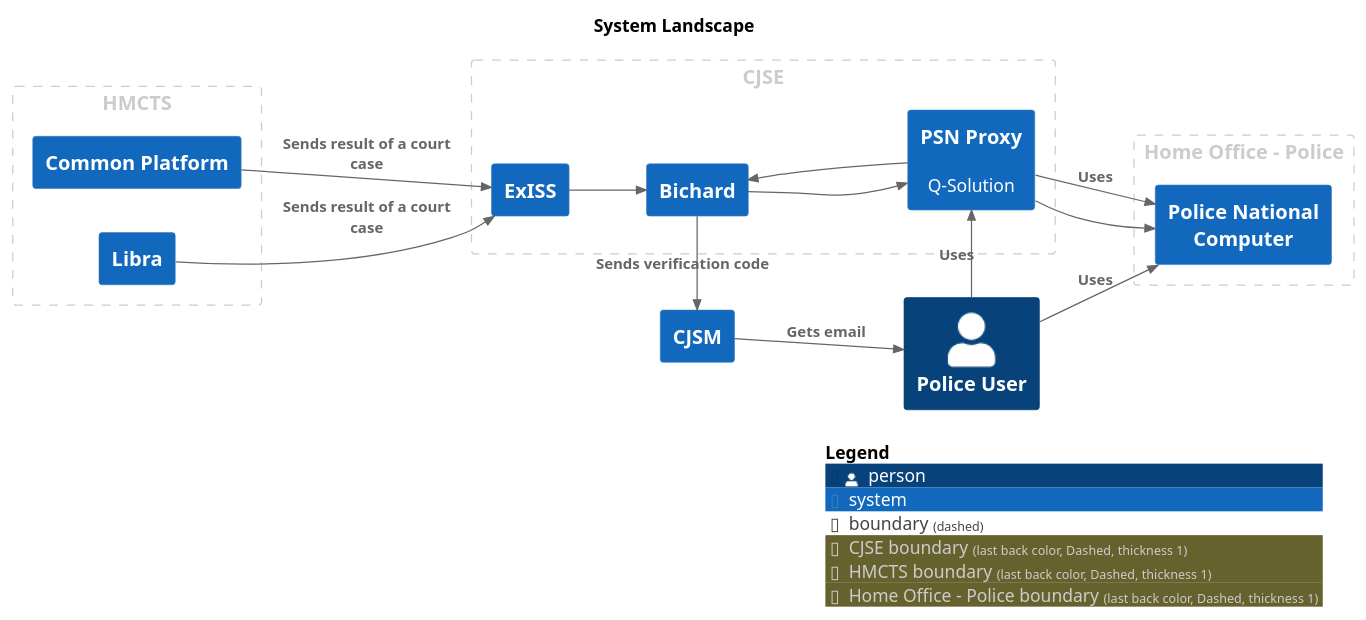
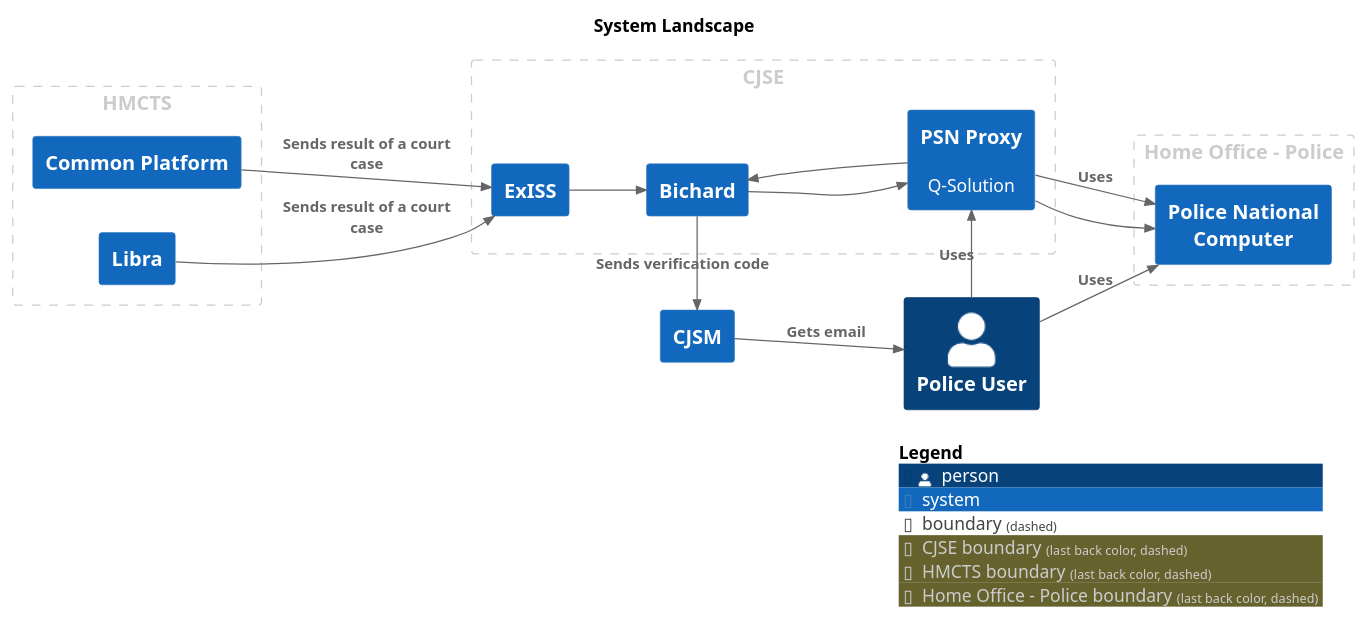
One commit to ministryofjustice/bichard7-next-core changed the diagram in main/puml/SystemLandscape.puml. Above: the diagram before and after it, drawn with PlantUML. The commit also changed 119 other files, not shown here.

```diff
--- a/main/puml/SystemLandscape.puml
+++ b/main/puml/SystemLandscape.puml
@@ -1,44 +1,44 @@
 @startuml
 set separator none
 title System Landscape
 
 left to right direction
 
 !include <C4/C4>
 !include <C4/C4_Context>
 
-AddBoundaryTag("CJSE", $borderColor="#cccccc", $fontColor="#cccccc", $borderStyle="Dashed", $borderThickness="1")
+AddBoundaryTag("CJSE", $borderColor="#cccccc", $fontColor="#cccccc", $borderStyle="dashed")
 Boundary(group_1, "CJSE", $tags="CJSE") {
   System(Bichard, "Bichard", $descr="", $tags="", $link="")
   System(PSNProxy, "PSN Proxy", $descr="Q-Solution", $tags="", $link="")
   System(ExISS, "ExISS", $descr="", $tags="", $link="")
 }
 
-AddBoundaryTag("HMCTS", $borderColor="#cccccc", $fontColor="#cccccc", $borderStyle="Dashed", $borderThickness="1")
+AddBoundaryTag("HMCTS", $borderColor="#cccccc", $fontColor="#cccccc", $borderStyle="dashed")
 Boundary(group_2, "HMCTS", $tags="HMCTS") {
   System(CommonPlatform, "Common Platform", $descr="", $tags="", $link="")
   System(Libra, "Libra", $descr="", $tags="", $link="")
 }
 
-AddBoundaryTag("Home Office - Police", $borderColor="#cccccc", $fontColor="#cccccc", $borderStyle="Dashed", $borderThickness="1")
+AddBoundaryTag("Home Office - Police", $borderColor="#cccccc", $fontColor="#cccccc", $borderStyle="dashed")
 Boundary(group_3, "Home Office - Police", $tags="Home Office - Police") {
   System(PoliceNationalComputer, "Police National Computer", $descr="", $tags="", $link="")
 }
 
 Person(PoliceUser, "Police User", $descr="", $tags="", $link="")
 System(CJSM, "CJSM", $descr="", $tags="", $link="")
 
 Rel(PoliceUser, PSNProxy, "Uses", $techn="", $tags="", $link="")
 Rel(PoliceUser, PoliceNationalComputer, "Uses", $techn="", $tags="", $link="")
 Rel(CJSM, PoliceUser, "Gets email", $techn="", $tags="", $link="")
 Rel(CommonPlatform, ExISS, "Sends result of a court case", $techn="", $tags="", $link="")
 Rel(Libra, ExISS, "Sends result of a court case", $techn="", $tags="", $link="")
 Rel(PSNProxy, PoliceNationalComputer, "Uses", $techn="", $tags="", $link="")
 Rel(Bichard, PSNProxy, "", $techn="", $tags="", $link="")
 Rel(PSNProxy, PoliceNationalComputer, "", $techn="", $tags="", $link="")
 Rel(PSNProxy, Bichard, "", $techn="", $tags="", $link="")
 Rel(Bichard, CJSM, "Sends verification code", $techn="", $tags="", $link="")
 Rel(ExISS, Bichard, "", $techn="", $tags="", $link="")
 
 SHOW_LEGEND(true)
 @enduml
```
